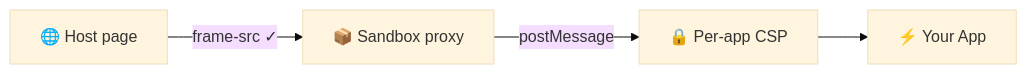
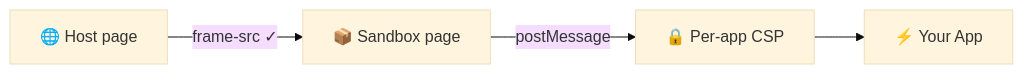
One commit to fredericbarthelet/mcp-apps-double-iframes changed the second of 2 diagrams in slides.md. Above: the diagram before and after it, drawn with Mermaid (base theme). The commit also changed other lines of this file and 3 other files, not shown here.

````diff
--- a/slides.md
+++ b/slides.md
@@ -158,6 +367,6 @@
 ```mermaid
 flowchart LR
-  Host["🌐 Host page"] -->|"frame-src ✓"| Outer["📦 Sandbox proxy"]
+  Host["🌐 Host page"] -->|"frame-src ✓"| Outer["📦 Sandbox page"]
   Outer -->|"postMessage"| Inner["🔒 Per-app CSP"]
   Inner --> App["⚡ Your App"]
 ```
````
